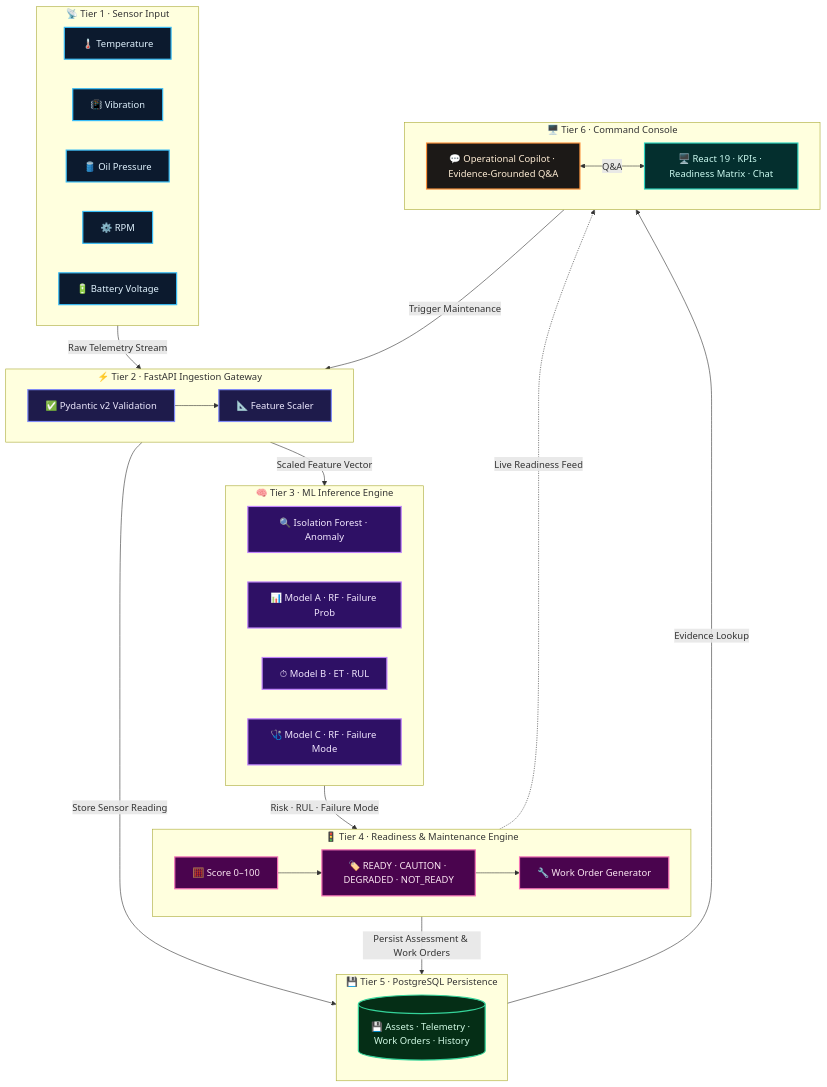
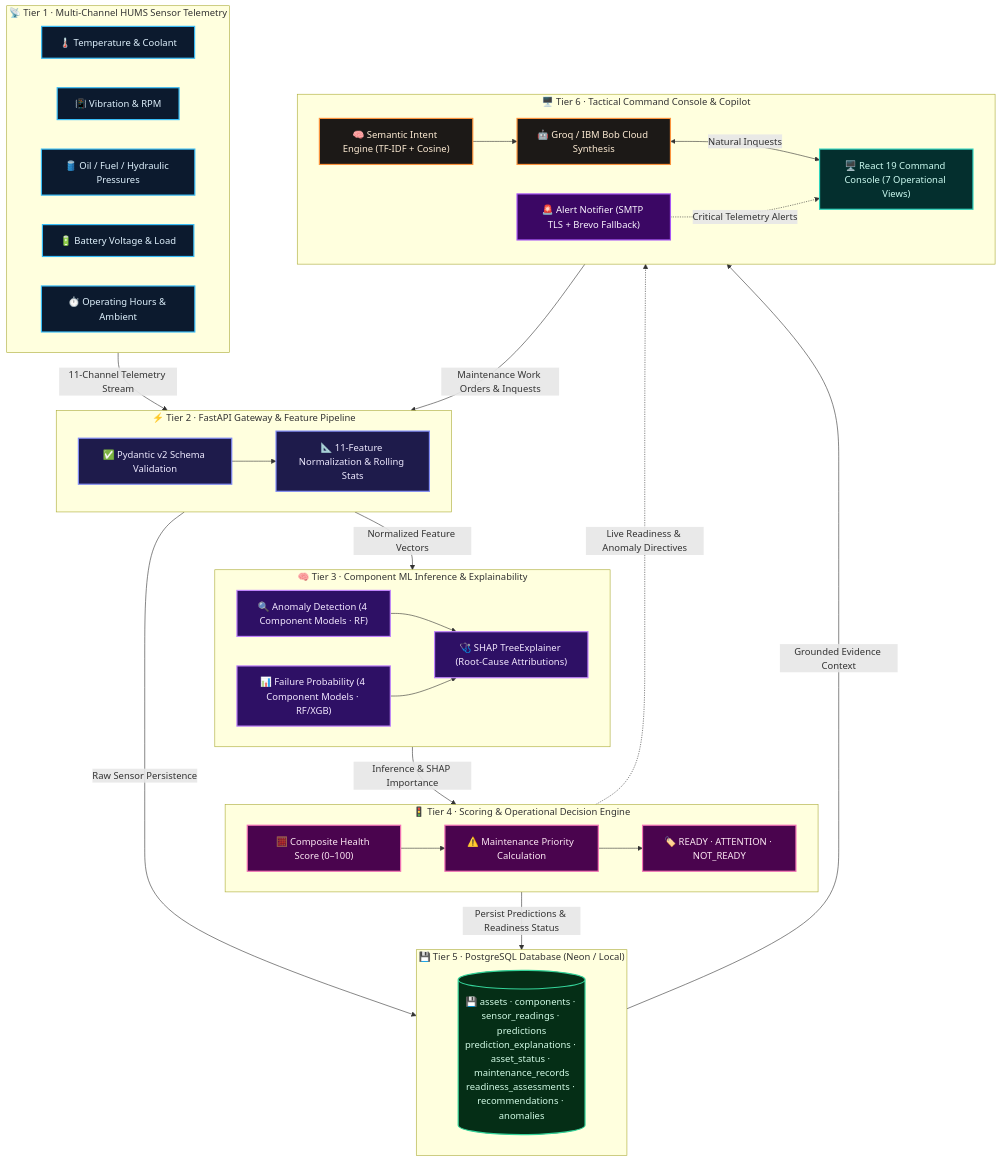
One commit to Aayushh910/bob-ai-hackathon-NexGen changed the diagram in docs/architecture.md. Above: the diagram before and after it, drawn with Mermaid. The commit also changed other lines of this file and 20 other files, not shown here.

````diff
--- a/docs/architecture.md
+++ b/docs/architecture.md
@@ -9,71 +9,77 @@
 ```mermaid
 flowchart TD
     %% ── Styles ───────────────────────────────────────────────────────────
     classDef sensor    fill:#0c1a2e,stroke:#38bdf8,stroke-width:2px,color:#e0f2fe;
     classDef api       fill:#1e1b4b,stroke:#818cf8,stroke-width:2px,color:#ede9fe;
     classDef ml        fill:#2e1065,stroke:#c084fc,stroke-width:2px,color:#f3e8ff;
     classDef readiness fill:#4a044e,stroke:#f472b6,stroke-width:2px,color:#fce7f3;
     classDef db        fill:#052e16,stroke:#34d399,stroke-width:2px,color:#d1fae5;
     classDef copilot   fill:#1c1917,stroke:#fb923c,stroke-width:2px,color:#ffedd5;
     classDef ui        fill:#042f2e,stroke:#2dd4bf,stroke-width:2px,color:#ccfbf1;
+    classDef alert     fill:#3b0764,stroke:#a855f7,stroke-width:2px,color:#faf5ff;
 
     %% ── TIER 1 : SENSOR INPUT ────────────────────────────────────────────
-    subgraph T1 ["📡 Tier 1 · Sensor Input"]
+    subgraph T1 ["📡 Tier 1 · Multi-Channel HUMS Sensor Telemetry"]
         direction LR
-        S1["🌡️ Temperature"]:::sensor
-        S2["📳 Vibration"]:::sensor
-        S3["🛢️ Oil Pressure"]:::sensor
-        S4["⚙️ RPM"]:::sensor
-        S5["🔋 Battery Voltage"]:::sensor
+        S1["🌡️ Temperature & Coolant"]:::sensor
+        S2["📳 Vibration & RPM"]:::sensor
+        S3["🛢️ Oil / Fuel / Hydraulic Pressures"]:::sensor
+        S4["🔋 Battery Voltage & Load"]:::sensor
+        S5["⏱️ Operating Hours & Ambient"]:::sensor
     end
 
-    %% ── TIER 2 : INGESTION ───────────────────────────────────────────────
-    subgraph T2 ["⚡ Tier 2 · FastAPI Ingestion Gateway"]
+    %% ── TIER 2 : INGESTION & PROCESSING ──────────────────────────────────
+    subgraph T2 ["⚡ Tier 2 · FastAPI Gateway & Feature Pipeline"]
         direction LR
-        VAL["✅ Pydantic v2 Validation"]:::api
-        SCALE["📐 Feature Scaler"]:::api
-        VAL --> SCALE
+        VAL["✅ Pydantic v2 Schema Validation"]:::api
+        FEAT["📐 11-Feature Normalization & Rolling Stats"]:::api
+        VAL --> FEAT
     end
 
-    %% ── TIER 3 : ML ENGINE ───────────────────────────────────────────────
-    subgraph T3 ["🧠 Tier 3 · ML Inference Engine"]
+    %% ── TIER 3 : ML INFERENCE ENGINE ─────────────────────────────────────
+    subgraph T3 ["🧠 Tier 3 · Component ML Inference & Explainability"]
         direction LR
-        ISO["🔍 Isolation Forest · Anomaly"]:::ml
-        MODA["📊 Model A · RF · Failure Prob"]:::ml
-        MODB["⏱ Model B · ET · RUL"]:::ml
-        MODC["🩺 Model C · RF · Failure Mode"]:::ml
+        ANOM["🔍 Anomaly Detection (4 Component Models · RF)"]:::ml
+        FAIL["📊 Failure Probability (4 Component Models · RF/XGB)"]:::ml
+        SHAP["🩺 SHAP TreeExplainer (Root-Cause Attributions)"]:::ml
+        ANOM --> SHAP
+        FAIL --> SHAP
     end
 
-    %% ── TIER 4 : READINESS ENGINE ────────────────────────────────────────
-    subgraph T4 ["🚦 Tier 4 · Readiness & Maintenance Engine"]
+    %% ── TIER 4 : OPERATIONAL READINESS ENGINE ────────────────────────────
+    subgraph T4 ["🚦 Tier 4 · Scoring & Operational Decision Engine"]
         direction LR
-        SCORE["🧮 Score 0–100"]:::readiness
-        TIER["🏷️ READY · CAUTION · DEGRADED · NOT_READY"]:::readiness
-        WO["🔧 Work Order Generator"]:::readiness
-        SCORE --> TIER --> WO
+        SCORE["🧮 Composite Health Score (0–100)"]:::readiness
+        PRIOR["⚠️ Maintenance Priority Calculation"]:::readiness
+        STATUS["🏷️ READY · ATTENTION · NOT_READY"]:::readiness
+        SCORE --> PRIOR --> STATUS
     end
 
-    %% ── TIER 5 : PERSISTENCE ─────────────────────────────────────────────
-    subgraph T5 ["💾 Tier 5 · PostgreSQL Persistence"]
+    %% ── TIER 5 : PERSISTENCE LAYER ───────────────────────────────────────
+    subgraph T5 ["💾 Tier 5 · PostgreSQL Database (Neon / Local)"]
         direction LR
-        DB[("💾 Assets · Telemetry · Work Orders · History")]:::db
+        DB[("💾 assets · components · sensor_readings · predictions<br/>prediction_explanations · asset_status · maintenance_records<br/>readiness_assessments · recommendations · anomalies")]:::db
     end
 
-    %% ── TIER 6 : COMMAND CONSOLE ─────────────────────────────────────────
-    subgraph T6 ["🖥️ Tier 6 · Command Console"]
+    %% ── TIER 6 : COMMAND CONSOLE & COPILOT ────────────────────────────────
+    subgraph T6 ["🖥️ Tier 6 · Tactical Command Console & Copilot"]
         direction LR
-        COPILOT["💬 Operational Copilot · Evidence-Grounded Q&A"]:::copilot
-        UI["🖥️ React 19 · KPIs · Readiness Matrix · Chat"]:::ui
-        COPILOT <-->|Q&A| UI
+        SEM["🧠 Semantic Intent Engine (TF-IDF + Cosine)"]:::copilot
+        LLM["🤖 Groq / IBM Bob Cloud Synthesis"]:::copilot
+        UI["🖥️ React 19 Command Console (7 Operational Views)"]:::ui
+        NOTIF["🚨 Alert Notifier (SMTP TLS + Brevo Fallback)"]:::alert
+        SEM --> LLM
+        LLM <-->|Natural Inquests| UI
+        NOTIF -.->|Critical Telemetry Alerts| UI
     end
 
     %% ── VERTICAL FLOW (strictly subgraph → subgraph) ─────────────────────
-    T1 -->|"Raw Telemetry Stream"| T2
-    T2 -->|"Scaled Feature Vector"| T3
-    T2 -->|"Store Sensor Reading"| T5
-    T3 -->|"Risk · RUL · Failure Mode"| T4
-    T4 -->|"Persist Assessment & Work Orders"| T5
-    T5 -->|"Evidence Lookup"| T6
-    T4 -.->|"Live Readiness Feed"| T6
-    T6 -->|"Trigger Maintenance"| T2
+    T1 -->|"11-Channel Telemetry Stream"| T2
+    T2 -->|"Normalized Feature Vectors"| T3
+    T2 -->|"Raw Sensor Persistence"| T5
+    T3 -->|"Inference & SHAP Importance"| T4
+    T4 -->|"Persist Predictions & Readiness Status"| T5
+    T5 -->|"Grounded Evidence Context"| T6
+    T4 -.->|"Live Readiness & Anomaly Directives"| T6
+    T6 -->|"Maintenance Work Orders & Inquests"| T2
 ```
````
